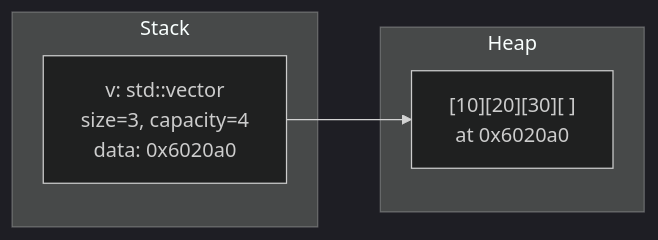
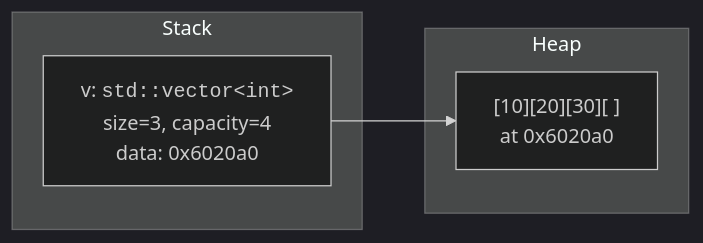
One commit to dataslope/dataslope changed the second of 2 diagrams in content/learn/from-zero-to-cpp/arrays-and-strings.mdx. Above: the diagram before and after it, drawn with Mermaid (dark theme). The commit also changed 153 other files, not shown here.

First line of the commit message:
Render code-only mermaid shapes in monospace; convert step sequences to Steps

````diff
--- a/content/learn/from-zero-to-cpp/arrays-and-strings.mdx
+++ b/content/learn/from-zero-to-cpp/arrays-and-strings.mdx
@@ -109,10 +109,10 @@
 ```mermaid
 flowchart LR
     subgraph Stack
-        V["v: std::vector<int><br/>size=3, capacity=4<br/>data: 0x6020a0"]
+        V["v: <code>std::vector&lt;int&gt;</code><br/>size=3, capacity=4<br/>data: 0x6020a0"]
     end
     subgraph Heap
         H["[10][20][30][ ]<br/>at 0x6020a0"]
     end
     V --> H
 ```
````
